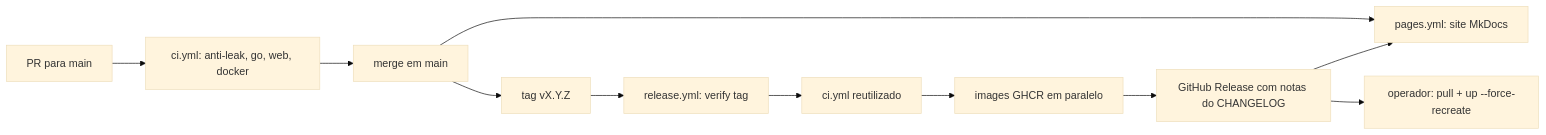
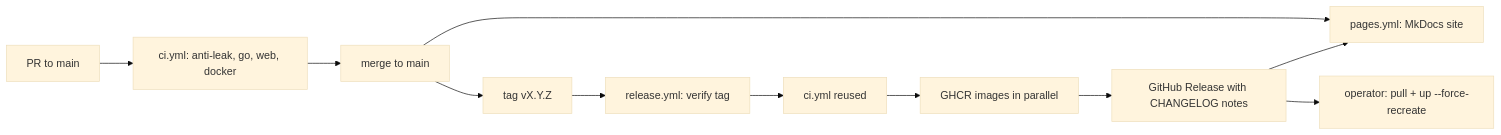
The second of 2 diagrams in docs/map.md (HarryRaddatz/argus-observability), drawn with Mermaid (base theme) before and after one commit. The commit also changed other lines of this file and 89 other files, not shown here.

First line of the commit message:
feat(web): i18n em inglês com português no painel e nas docs

````diff
--- a/docs/map.md
+++ b/docs/map.md
@@ -139,13 +139,13 @@
 ```mermaid
 flowchart LR
-  PR[PR para main] --> CI[ci.yml: anti-leak, go, web, docker]
-  CI --> Main[merge em main]
-  Main --> Pages[pages.yml: site MkDocs]
+  PR[PR to main] --> CI[ci.yml: anti-leak, go, web, docker]
+  CI --> Main[merge to main]
+  Main --> Pages[pages.yml: MkDocs site]
   Main --> Tag[tag vX.Y.Z]
   Tag --> Verify[release.yml: verify tag]
-  Verify --> RelCI[ci.yml reutilizado]
-  RelCI --> Img[images GHCR em paralelo]
-  Img --> GHR[GitHub Release com notas do CHANGELOG]
+  Verify --> RelCI[ci.yml reused]
+  RelCI --> Img[GHCR images in parallel]
+  Img --> GHR[GitHub Release with CHANGELOG notes]
   GHR --> Pages
-  GHR --> Deploy[operador: pull + up --force-recreate]
+  GHR --> Deploy[operator: pull + up --force-recreate]
 ```
````
